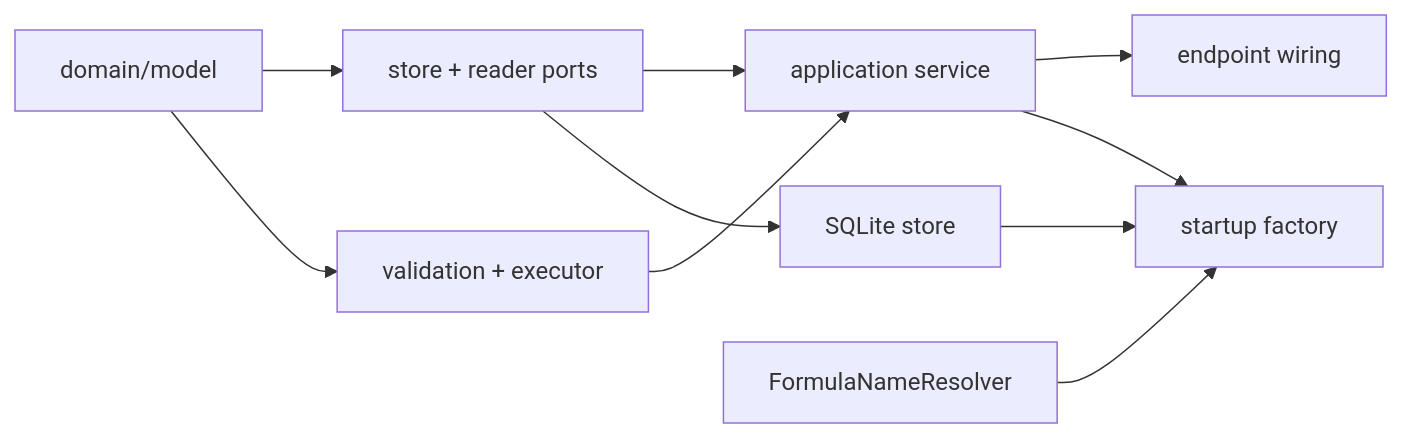
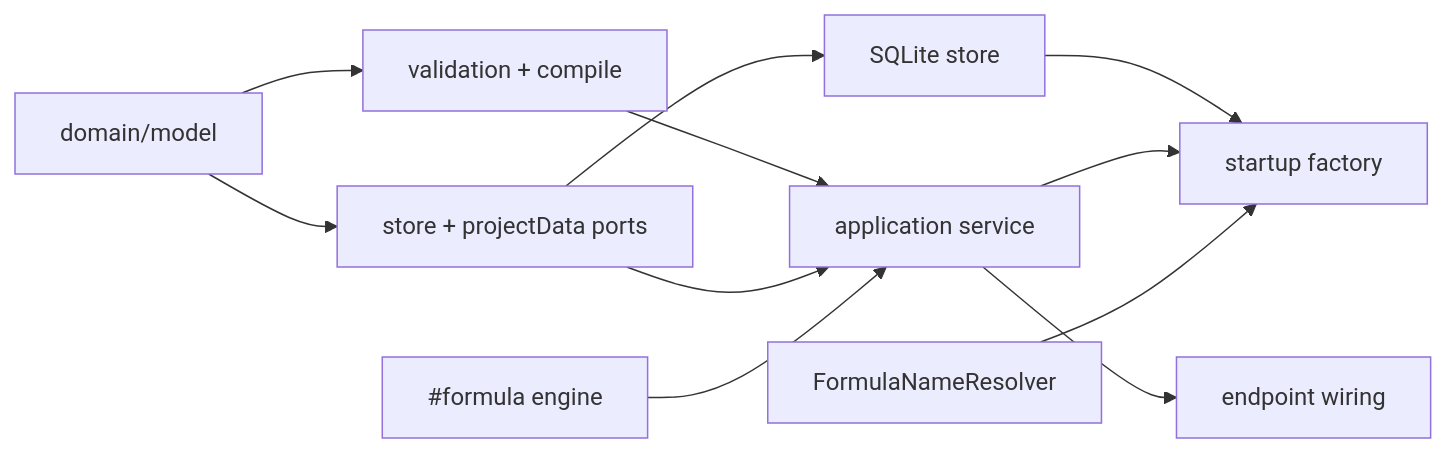
The diagram in scratch/structured-analytic-design/file-architecture.md (gccurtis/icarus), drawn with Mermaid before and after one commit. The commit also changed other lines of this file and 8 other files, not shown here.

````diff
--- a/scratch/structured-analytic-design/file-architecture.md
+++ b/scratch/structured-analytic-design/file-architecture.md
@@ -65,21 +79,23 @@
 ```mermaid
 flowchart LR
   Model[domain/model]
-  Domain[validation + executor]
-  Ports[store + reader ports]
+  Domain[validation + compile]
+  Ports[store + projectData ports]
   Store[SQLite store]
   Service[application service]
+  Formula[#formula engine]
   Factory[startup factory]
   Resolver[FormulaNameResolver]
   Wiring[endpoint wiring]
 
   Model --> Domain
   Model --> Ports
   Ports --> Store
   Domain --> Service
   Ports --> Service
+  Formula --> Service
   Store --> Factory
   Service --> Factory
   Resolver --> Factory
   Service --> Wiring
 ```
````
